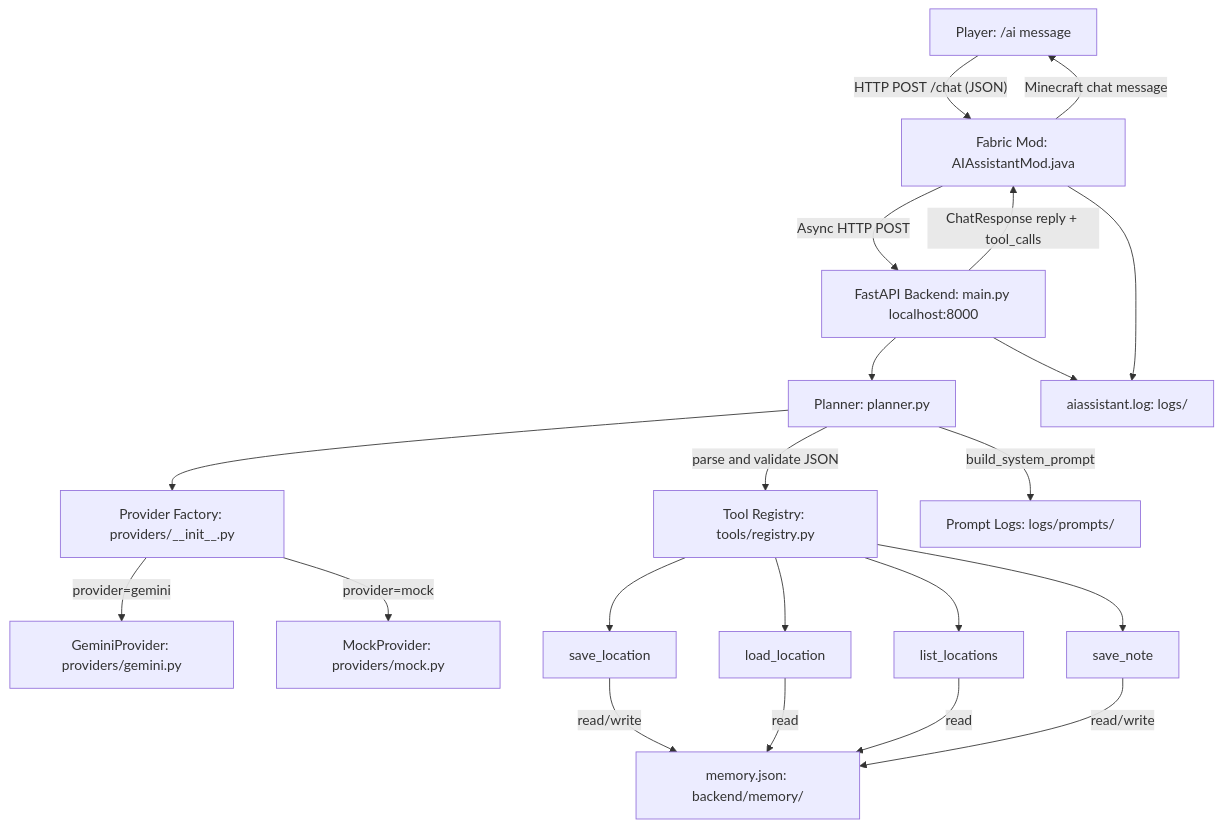
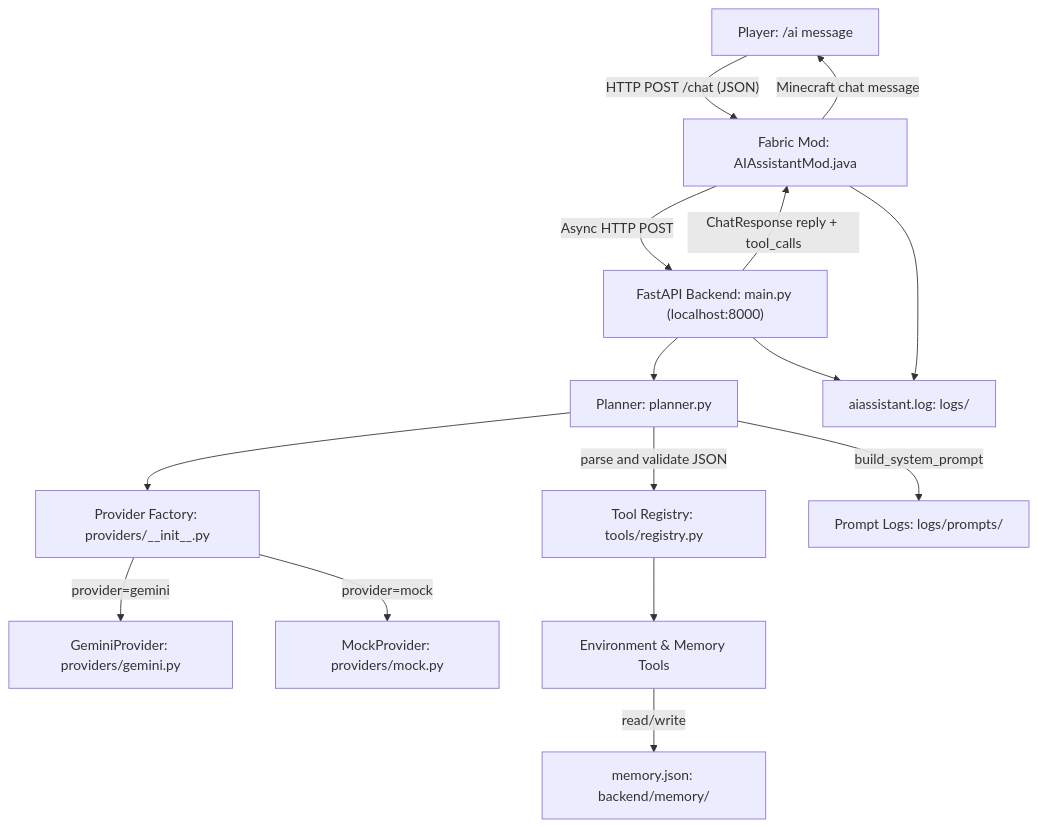
One commit to Inferno-Aditya/MinecraftAI changed the first of 5 diagrams in README.md. Above: the diagram before and after it, drawn with Mermaid. The commit also changed other lines of this file and 21 other files, not shown here.

````diff
--- a/README.md
+++ b/README.md
@@ -88,39 +91,30 @@
 ```mermaid
 graph TD
     A["Player: /ai message"]
     B["Fabric Mod: AIAssistantMod.java"]
-    C["FastAPI Backend: main.py localhost:8000"]
+    C["FastAPI Backend: main.py (localhost:8000)"]
     D["Planner: planner.py"]
     E["Provider Factory: providers/__init__.py"]
     F["GeminiProvider: providers/gemini.py"]
     G["MockProvider: providers/mock.py"]
     H["Tool Registry: tools/registry.py"]
-    I["save_location"]
-    J["load_location"]
-    K["list_locations"]
-    L["save_note"]
+    I["Environment & Memory Tools"]
     M["memory.json: backend/memory/"]
     N["Prompt Logs: logs/prompts/"]
     O["aiassistant.log: logs/"]
 
     A -- "HTTP POST /chat (JSON)" --> B
     B -- "Async HTTP POST" --> C
     C --> D
     D -- "build_system_prompt" --> N
     D --> E
     E -- "provider=gemini" --> F
     E -- "provider=mock" --> G
     D -- "parse and validate JSON" --> H
     H --> I
-    H --> J
-    H --> K
-    H --> L
     I -- "read/write" --> M
-    J -- "read" --> M
-    K -- "read" --> M
-    L -- "read/write" --> M
     C -- "ChatResponse reply + tool_calls" --> B
     B -- "Minecraft chat message" --> A
     C --> O
     B --> O
 ```
````
